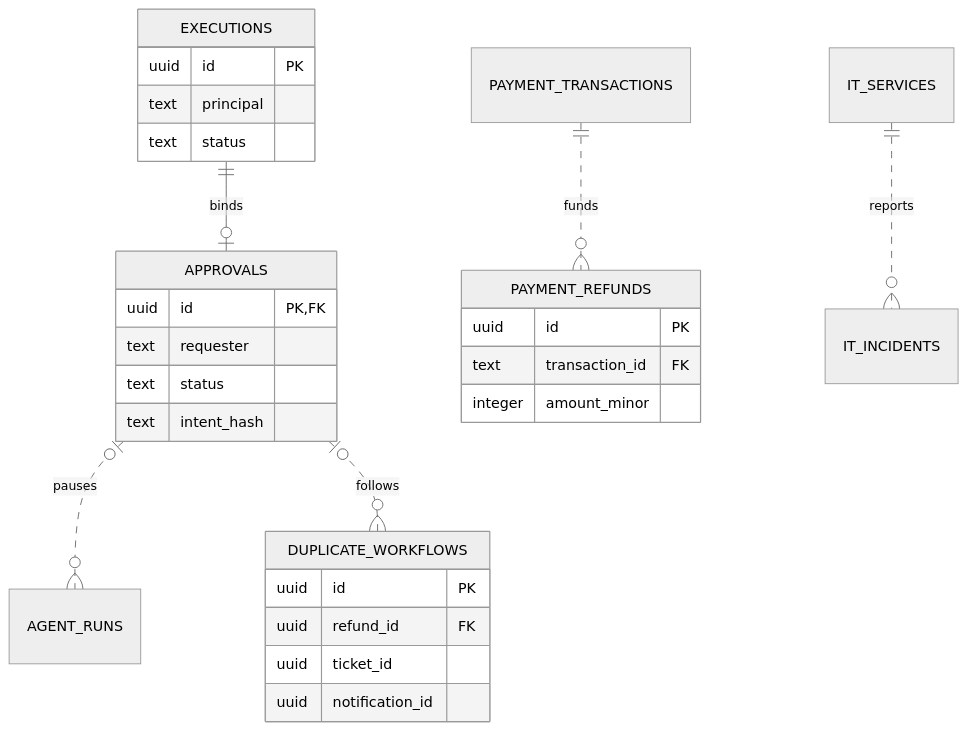
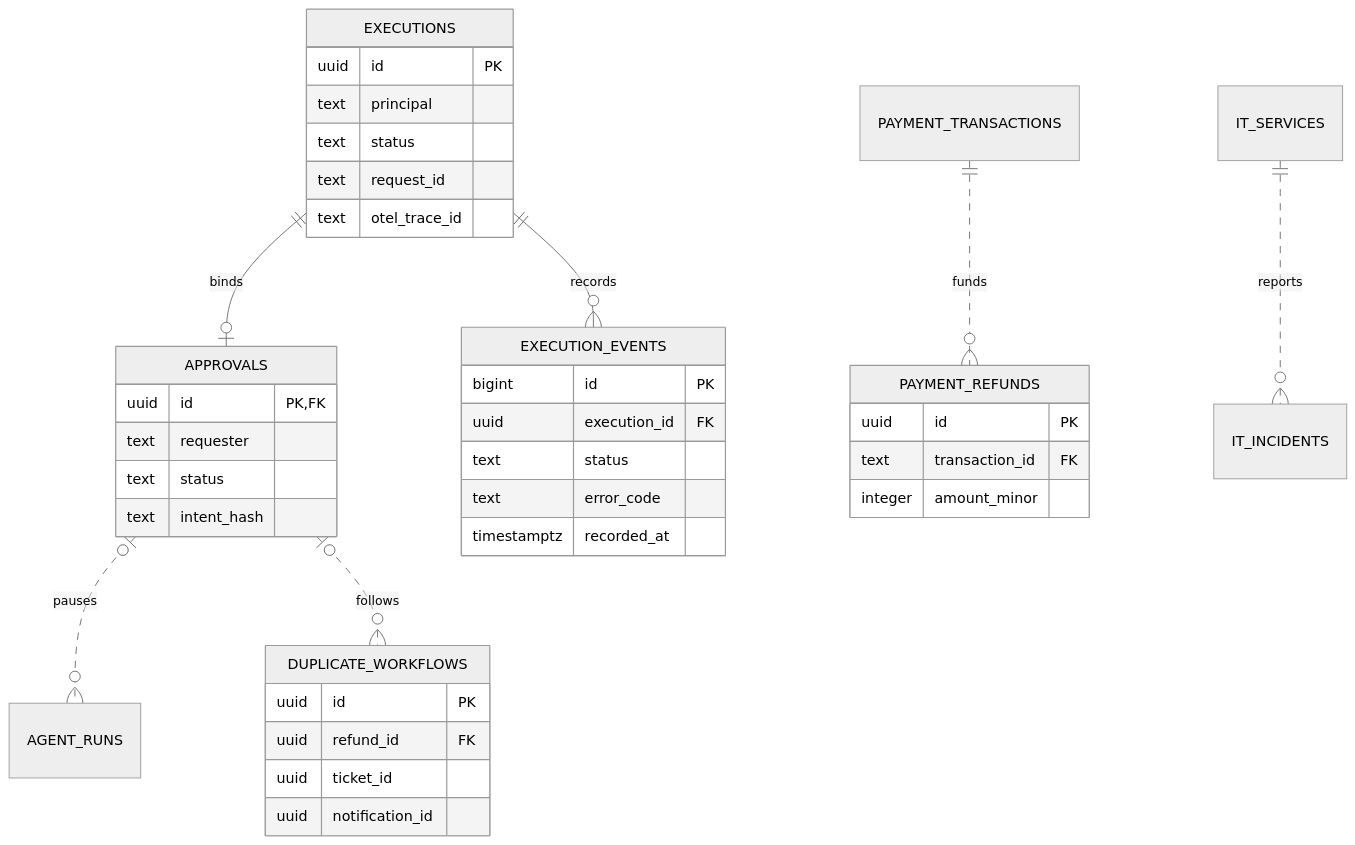
Before and after one commit to NagaRamya1531-tech/ToolMesh-AI: the eighth of 11 diagrams in docs/architecture.md, drawn with Mermaid (neutral theme). The commit also changed other lines of this file and 34 other files, not shown here.

````diff
--- a/docs/architecture.md
+++ b/docs/architecture.md
@@ -223,30 +226,40 @@
 ```mermaid
 erDiagram
     EXECUTIONS ||--o| APPROVALS : binds
+    EXECUTIONS ||--o{ EXECUTION_EVENTS : records
     APPROVALS o|..o{ AGENT_RUNS : pauses
     APPROVALS o|..o{ DUPLICATE_WORKFLOWS : follows
     PAYMENT_TRANSACTIONS ||..o{ PAYMENT_REFUNDS : funds
     IT_SERVICES ||..o{ IT_INCIDENTS : reports
     EXECUTIONS {
         uuid id PK
         text principal
         text status
+        text request_id
+        text otel_trace_id
+    }
+    EXECUTION_EVENTS {
+        bigint id PK
+        uuid execution_id FK
+        text status
+        text error_code
+        timestamptz recorded_at
     }
     APPROVALS {
         uuid id PK, FK
         text requester
         text status
         text intent_hash
     }
     DUPLICATE_WORKFLOWS {
         uuid id PK
         uuid refund_id FK
         uuid ticket_id
         uuid notification_id
     }
     PAYMENT_REFUNDS {
         uuid id PK
         text transaction_id FK
         integer amount_minor
     }
 ```
````
